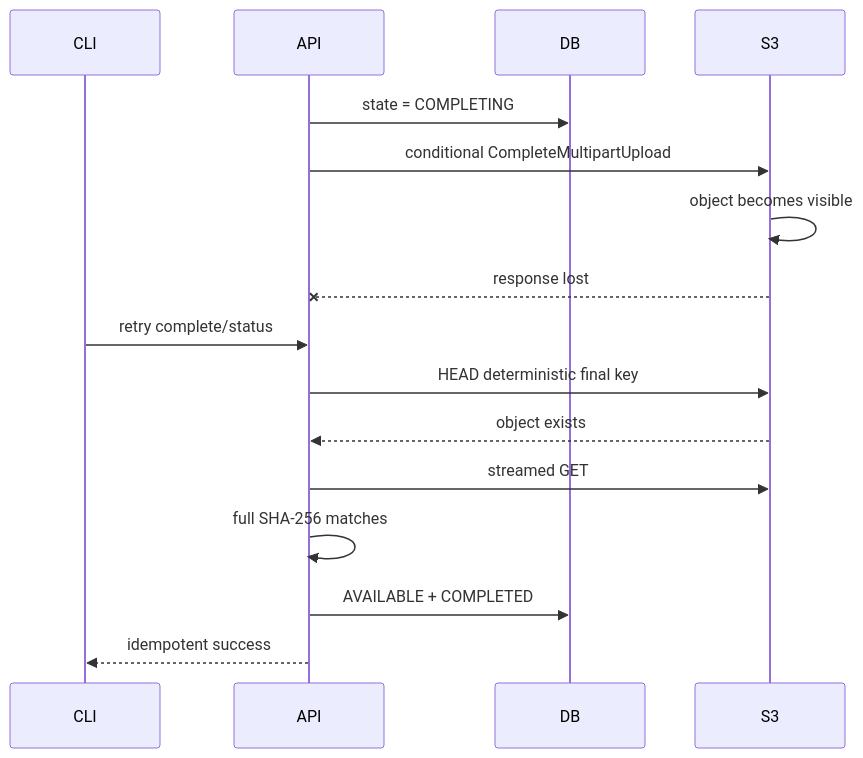
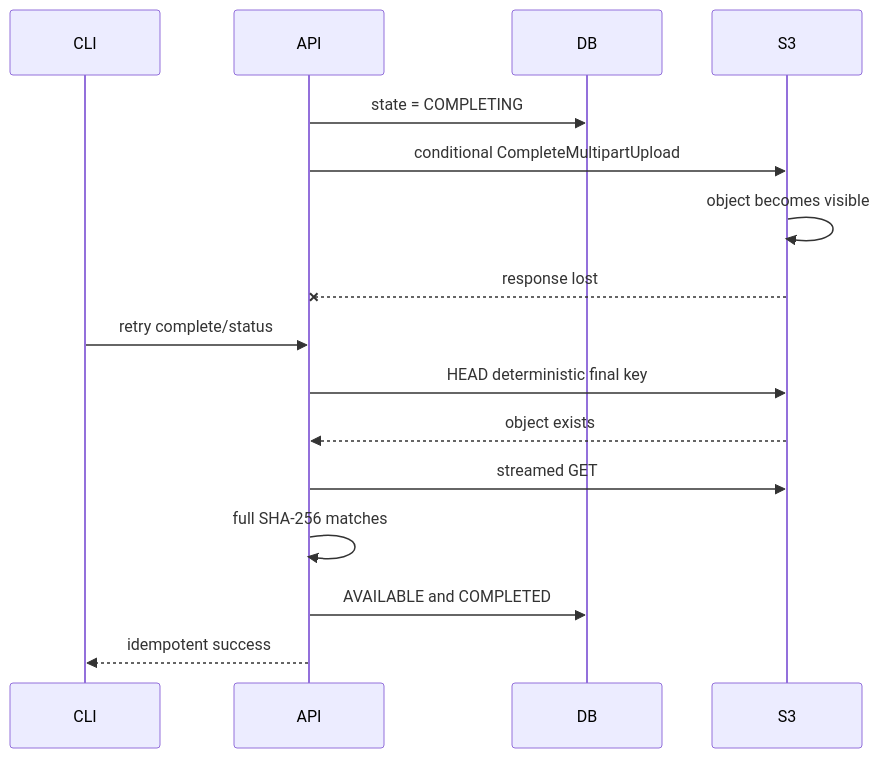
Before and after one commit to zbnerd/RoboLake: the sixth of 9 diagrams in docs/M2_MULTIPART_ARCHITECTURE.md, drawn with Mermaid. The commit also changed other lines of this file and 19 other files, not shown here.

````diff
--- a/docs/M2_MULTIPART_ARCHITECTURE.md
+++ b/docs/M2_MULTIPART_ARCHITECTURE.md
@@ -251,18 +323,18 @@
 ```mermaid
 sequenceDiagram
     participant CLI
     participant API
     participant DB
     participant S3
     API->>DB: state = COMPLETING
     API->>S3: conditional CompleteMultipartUpload
     S3->>S3: object becomes visible
     S3--xAPI: response lost
     CLI->>API: retry complete/status
     API->>S3: HEAD deterministic final key
     S3-->>API: object exists
     API->>S3: streamed GET
     API->>API: full SHA-256 matches
-    API->>DB: AVAILABLE + COMPLETED
+    API->>DB: AVAILABLE and COMPLETED
     API-->>CLI: idempotent success
 ```
````
